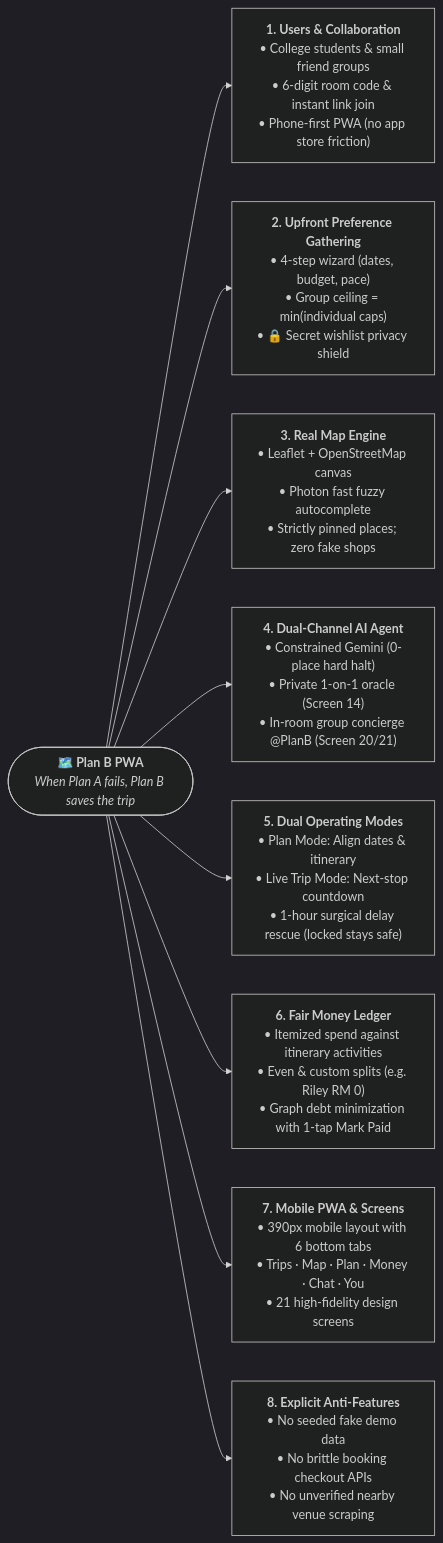
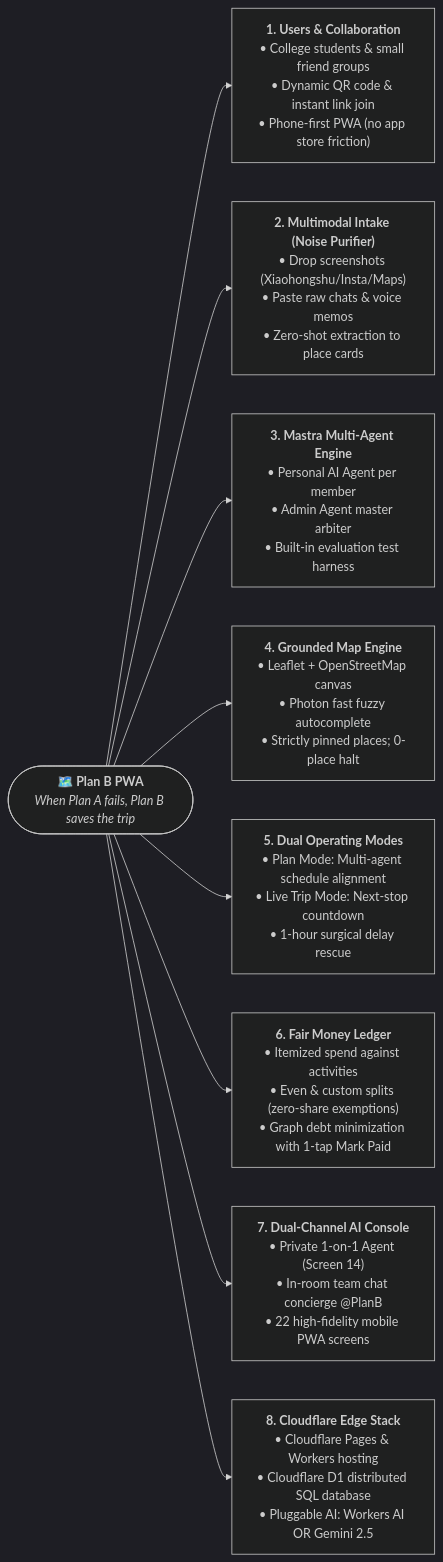
One commit to nlzce/We-are-the-champions_Plan-B changed the second of 21 diagrams in README.md. Above: the diagram before and after it, drawn with Mermaid (dark theme). The commit also changed other lines of this file, not shown here.

Commit message:
docs: update README with multi-agent architecture, 22-screen journey, and zero-form intake

````diff
--- a/README.md
+++ b/README.md
@@ -52,13 +78,13 @@
 ```mermaid
 flowchart LR
   Root(["<b>🗺️ Plan B PWA</b><br/><i>When Plan A fails, Plan B saves the trip</i>"])
 
-  Root --> U["<b>1. Users & Collaboration</b><br/>• College students & small friend groups<br/>• 6-digit room code & instant link join<br/>• Phone-first PWA (no app store friction)"]
-  Root --> P["<b>2. Upfront Preference Gathering</b><br/>• 4-step wizard (dates, budget, pace)<br/>• Group ceiling = min(individual caps)<br/>• 🔒 Secret wishlist privacy shield"]
-  Root --> M["<b>3. Real Map Engine</b><br/>• Leaflet + OpenStreetMap canvas<br/>• Photon fast fuzzy autocomplete<br/>• Strictly pinned places; zero fake shops"]
-  Root --> A["<b>4. Dual-Channel AI Agent</b><br/>• Constrained Gemini (0-place hard halt)<br/>• Private 1-on-1 oracle (Screen 14)<br/>• In-room group concierge @PlanB (Screen 20/21)"]
-  Root --> D["<b>5. Dual Operating Modes</b><br/>• Plan Mode: Align dates & itinerary<br/>• Live Trip Mode: Next-stop countdown<br/>• 1-hour surgical delay rescue (locked stays safe)"]
-  Root --> B["<b>6. Fair Money Ledger</b><br/>• Itemized spend against itinerary activities<br/>• Even & custom splits (e.g. Riley RM 0)<br/>• Graph debt minimization with 1-tap Mark Paid"]
-  Root --> S["<b>7. Mobile PWA & Screens</b><br/>• 390px mobile layout with 6 bottom tabs<br/>• Trips · Map · Plan · Money · Chat · You<br/>• 21 high-fidelity design screens"]
-  Root --> X["<b>8. Explicit Anti-Features</b><br/>• No seeded fake demo data<br/>• No brittle booking checkout APIs<br/>• No unverified nearby venue scraping"]
+  Root --> U["<b>1. Users & Collaboration</b><br/>• College students & small friend groups<br/>• Dynamic QR code & instant link join<br/>• Phone-first PWA (no app store friction)"]
+  Root --> P["<b>2. Multimodal Intake (Noise Purifier)</b><br/>• Drop screenshots (Xiaohongshu/Insta/Maps)<br/>• Paste raw chats & voice memos<br/>• Zero-shot extraction to place cards"]
+  Root --> A["<b>3. Mastra Multi-Agent Engine</b><br/>• Personal AI Agent per member<br/>• Admin Agent master arbiter<br/>• Built-in evaluation test harness"]
+  Root --> M["<b>4. Grounded Map Engine</b><br/>• Leaflet + OpenStreetMap canvas<br/>• Photon fast fuzzy autocomplete<br/>• Strictly pinned places; 0-place halt"]
+  Root --> D["<b>5. Dual Operating Modes</b><br/>• Plan Mode: Multi-agent schedule alignment<br/>• Live Trip Mode: Next-stop countdown<br/>• 1-hour surgical delay rescue"]
+  Root --> B["<b>6. Fair Money Ledger</b><br/>• Itemized spend against activities<br/>• Even & custom splits (zero-share exemptions)<br/>• Graph debt minimization with 1-tap Mark Paid"]
+  Root --> S["<b>7. Dual-Channel AI Console</b><br/>• Private 1-on-1 Agent (Screen 14)<br/>• In-room team chat concierge @PlanB<br/>• 22 high-fidelity mobile PWA screens"]
+  Root --> C["<b>8. Cloudflare Edge Stack</b><br/>• Cloudflare Pages & Workers hosting<br/>• Cloudflare D1 distributed SQL database<br/>• Pluggable AI: Workers AI OR Gemini 2.5"]
 ```
````
